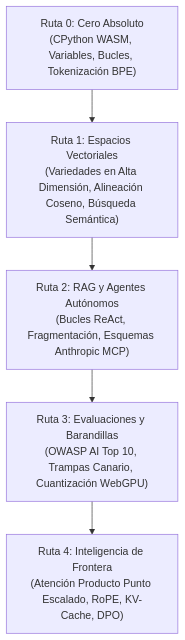
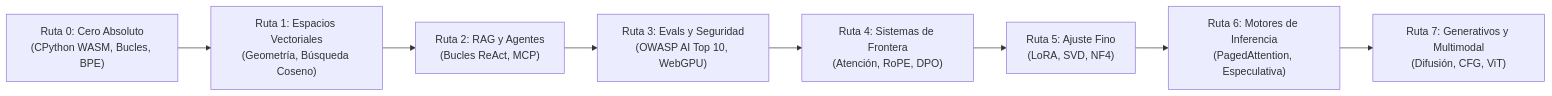
One commit to Adilrafiq001/OpenGuideForAI changed the diagram in docs/translations/README_es.md. Above: the diagram before and after it, drawn with Mermaid. The commit also changed other lines of this file and 45 other files, not shown here.

````diff
--- a/docs/translations/README_es.md
+++ b/docs/translations/README_es.md
@@ -98,10 +98,13 @@
 ```mermaid
-graph TD
-    T0["Ruta 0: Cero Absoluto<br/>(CPython WASM, Variables, Bucles, Tokenización BPE)"]
-    T1["Ruta 1: Espacios Vectoriales<br/>(Variedades en Alta Dimensión, Alineación Coseno, Búsqueda Semántica)"]
-    T2["Ruta 2: RAG y Agentes Autónomos<br/>(Bucles ReAct, Fragmentación, Esquemas Anthropic MCP)"]
-    T3["Ruta 3: Evaluaciones y Barandillas<br/>(OWASP AI Top 10, Trampas Canario, Cuantización WebGPU)"]
-    T4["Ruta 4: Inteligencia de Frontera<br/>(Atención Producto Punto Escalado, RoPE, KV-Cache, DPO)"]
+graph LR
+    T0["Ruta 0: Cero Absoluto<br/>(CPython WASM, Bucles, BPE)"]
+    T1["Ruta 1: Espacios Vectoriales<br/>(Geometría, Búsqueda Coseno)"]
+    T2["Ruta 2: RAG y Agentes<br/>(Bucles ReAct, MCP)"]
+    T3["Ruta 3: Evals y Seguridad<br/>(OWASP AI Top 10, WebGPU)"]
+    T4["Ruta 4: Sistemas de Frontera<br/>(Atención, RoPE, DPO)"]
+    T5["Ruta 5: Ajuste Fino<br/>(LoRA, SVD, NF4)"]
+    T6["Ruta 6: Motores de Inferencia<br/>(PagedAttention, Especulativa)"]
+    T7["Ruta 7: Generativos y Multimodal<br/>(Difusión, CFG, ViT)"]
 
-    T0 --> T1 --> T2 --> T3 --> T4
+    T0 --> T1 --> T2 --> T3 --> T4 --> T5 --> T6 --> T7
 ```
````
